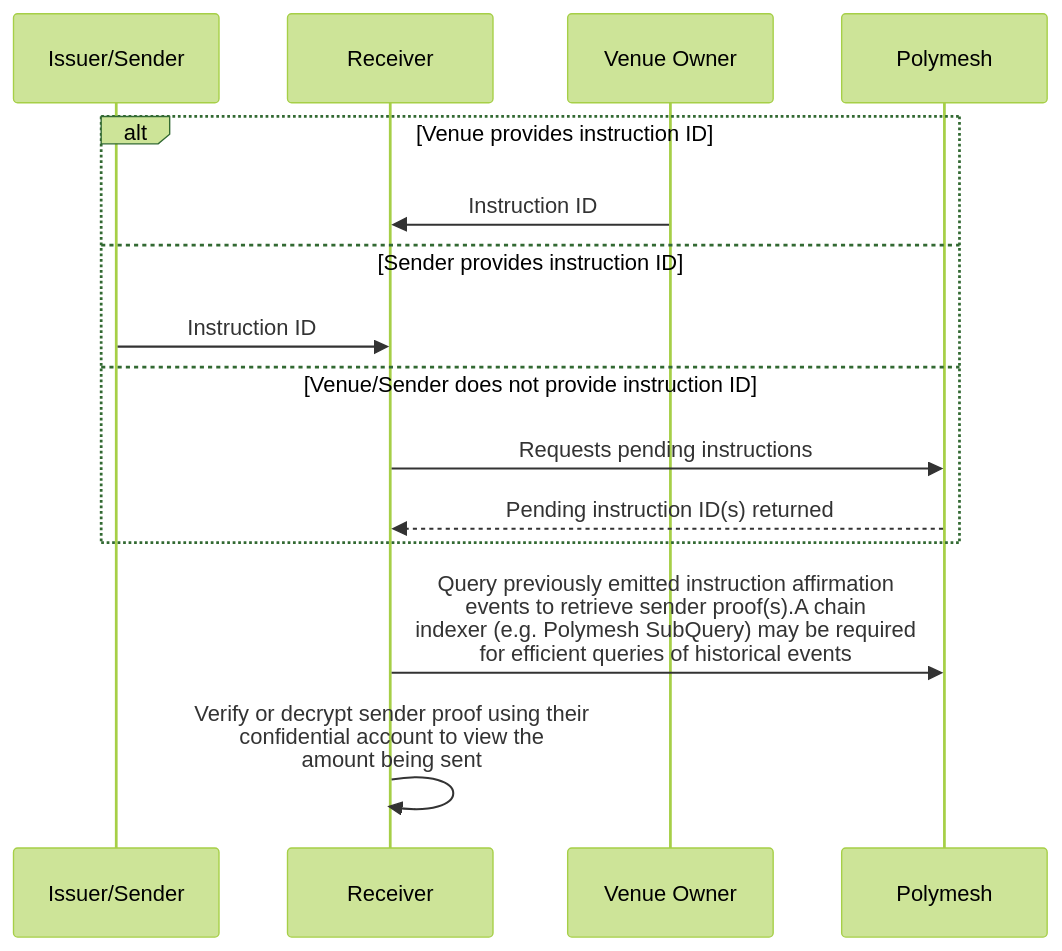
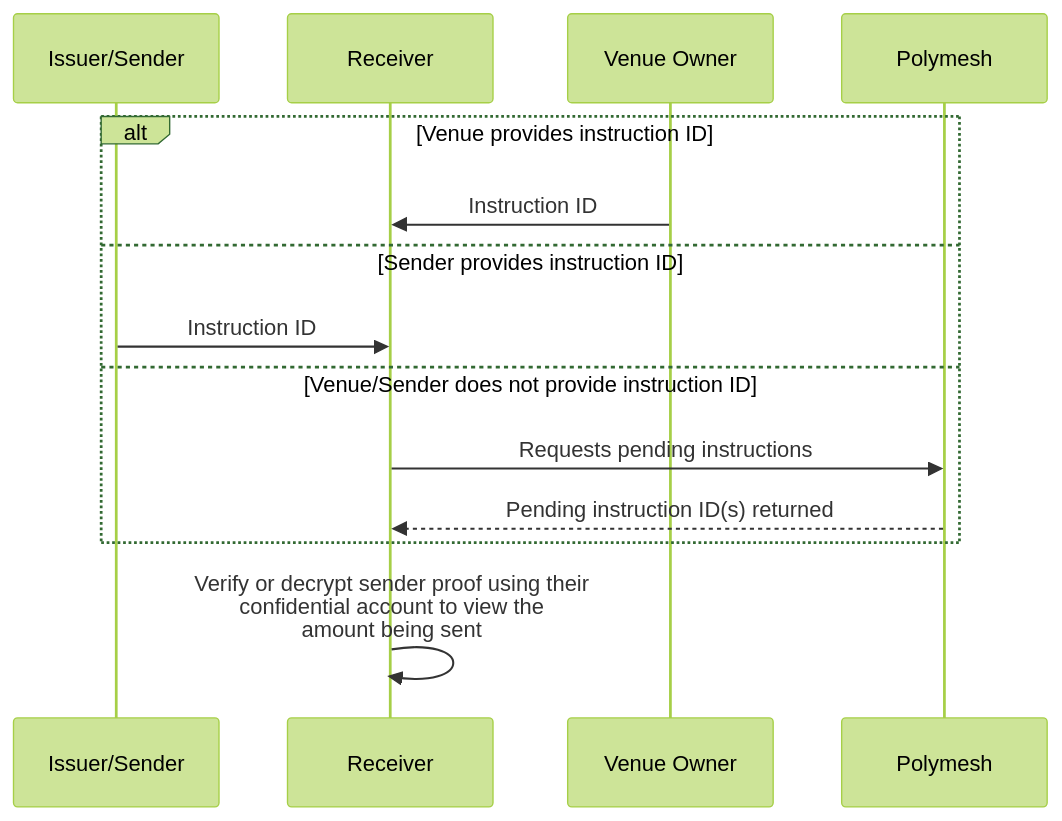
One commit to PolymeshAssociation/polymesh-documentation-site changed the fifth of 9 diagrams in polymesh-docs/polymesh-private/confidential-assets/diagrams.md. Above: the diagram before and after it, drawn with Mermaid (forest theme). The commit also changed other lines of this file and 1 other file, not shown here.

````diff
--- a/polymesh-docs/polymesh-private/confidential-assets/diagrams.md
+++ b/polymesh-docs/polymesh-private/confidential-assets/diagrams.md
@@ -146,20 +146,19 @@
 ```mermaid
 sequenceDiagram
 
 participant I as Issuer/Sender
 participant R as Receiver
 participant V as Venue Owner
 participant P as Polymesh
 
 alt Venue provides instruction ID
   V ->> R: Instruction ID
 else Sender provides instruction ID
   I ->> R: Instruction ID
 else Venue/Sender does not provide instruction ID
   R ->>P: Requests pending instructions
   P -->> R: Pending instruction ID(s) returned
 end
 
-R ->> P: Query previously emitted instruction affirmation<br>events to retrieve sender proof(s).A chain<br>indexer (e.g. Polymesh SubQuery) may be required<br> for efficient queries of historical events
 R ->> R: Verify or decrypt sender proof using their<br> confidential account to view the<br> amount being sent
 ```
````
